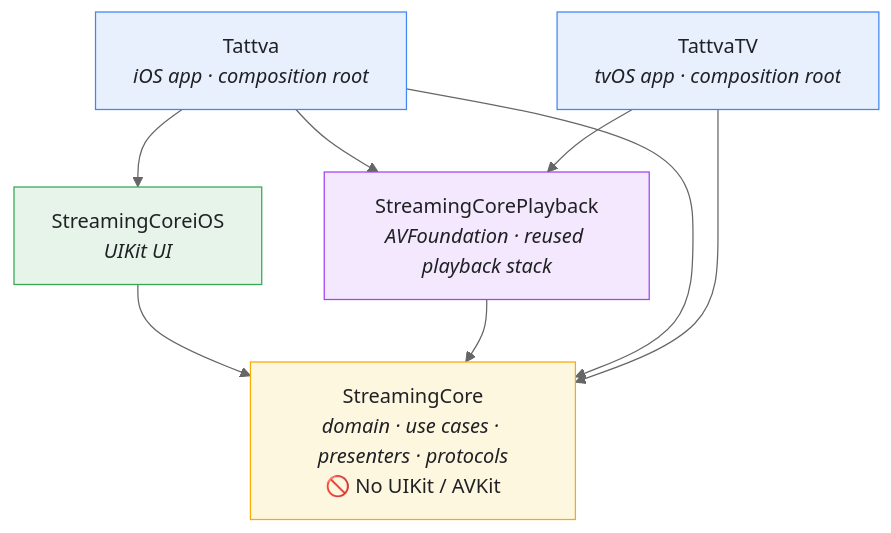
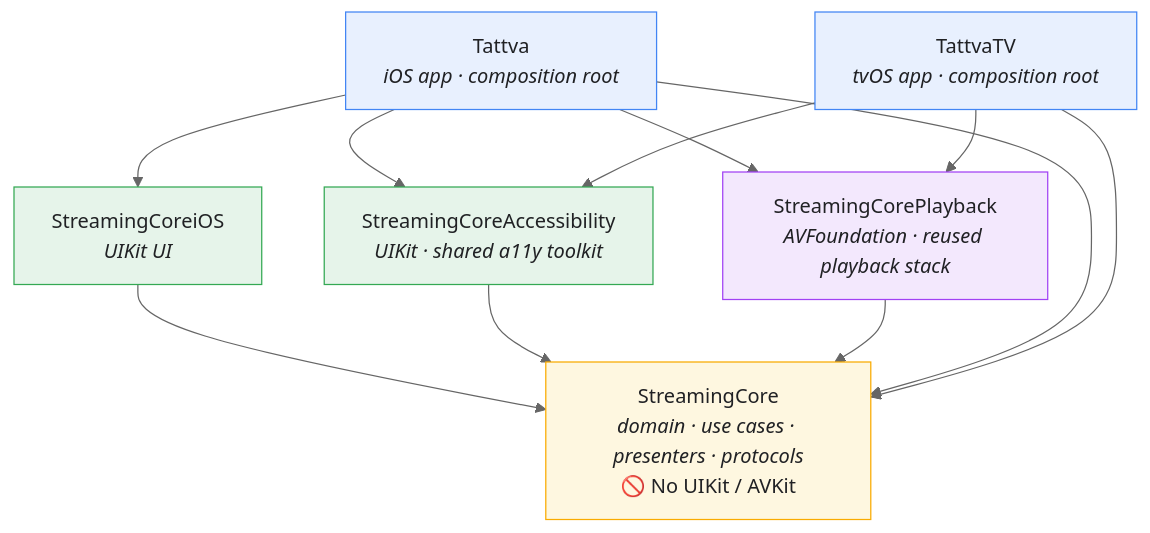
One commit to tattva20/TATTVA-TV changed the diagram in README.md. Above: the diagram before and after it, drawn with Mermaid (neutral theme). The commit also changed other lines of this file and 6 other files, not shown here.

First line of the commit message:
docs Waves 2+3: correct flagship diagram, buffer/memory, CI, ABR, analytics + surface a11y framework (#69)

````diff
--- a/README.md
+++ b/README.md
@@ -151,25 +151,29 @@
 ```mermaid
 flowchart TB
     iOSApp["Tattva<br/><i>iOS app · composition root</i>"]
     tvApp["TattvaTV<br/><i>tvOS app · composition root</i>"]
     iOS["StreamingCoreiOS<br/><i>UIKit UI</i>"]
+    A11y["StreamingCoreAccessibility<br/><i>UIKit · shared a11y toolkit</i>"]
     Playback["StreamingCorePlayback<br/><i>AVFoundation · reused playback stack</i>"]
     Core["StreamingCore<br/><i>domain · use cases · presenters · protocols</i><br/>🚫 No UIKit / AVKit"]
 
     iOSApp --> iOS
     iOSApp --> Playback
+    iOSApp --> A11y
     tvApp --> Playback
+    tvApp --> A11y
     iOS --> Core
+    A11y --> Core
     Playback --> Core
     iOSApp --> Core
     tvApp --> Core
 
     classDef app fill:#e8f0fe,stroke:#4285f4,color:#202124;
     classDef ios fill:#e6f4ea,stroke:#34a853,color:#202124;
     classDef pb fill:#f3e8fd,stroke:#a142f4,color:#202124;
     classDef core fill:#fef7e0,stroke:#f9ab00,color:#202124;
     class iOSApp,tvApp app
-    class iOS ios
+    class iOS,A11y ios
     class Playback pb
     class Core core
 ```
````
